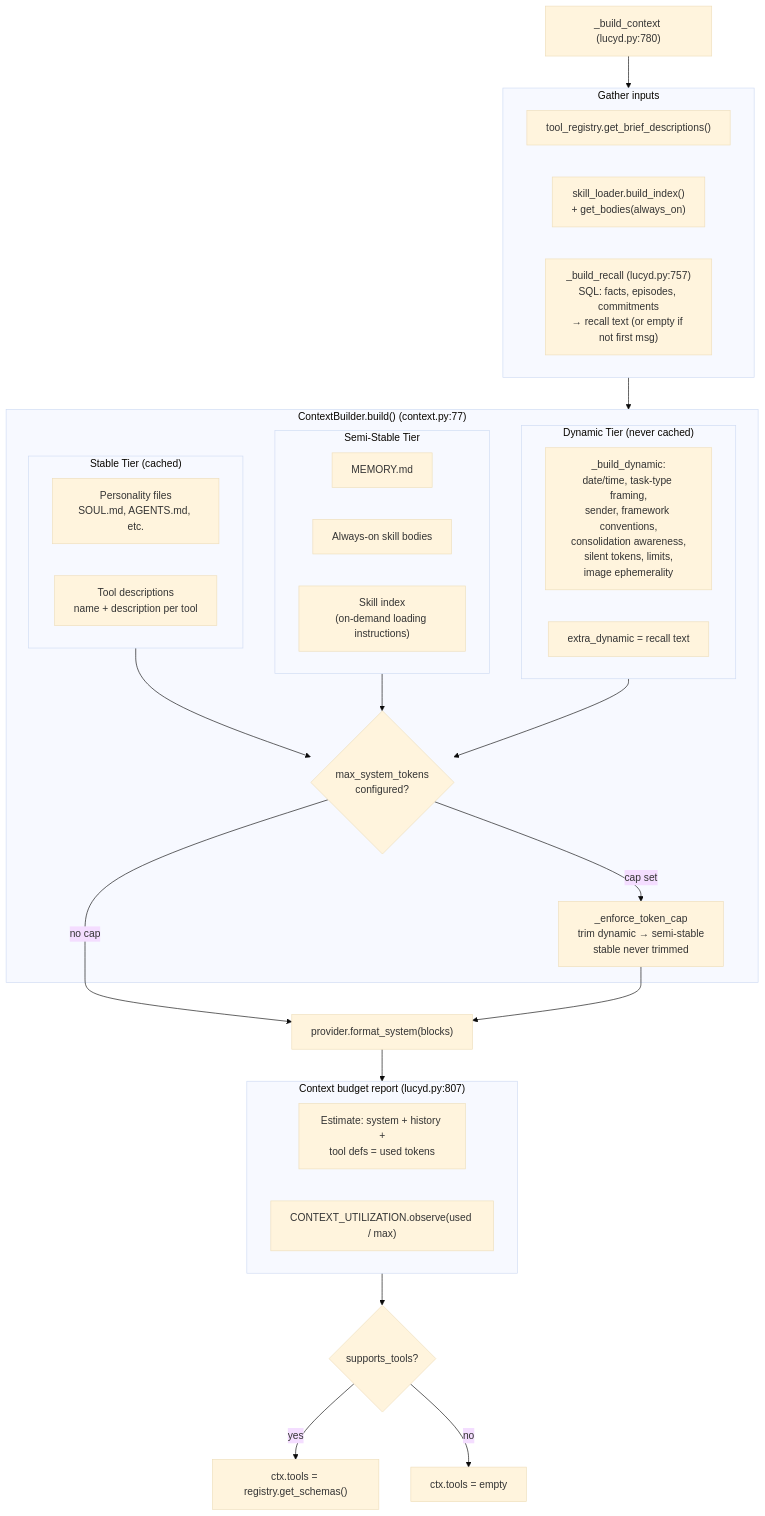
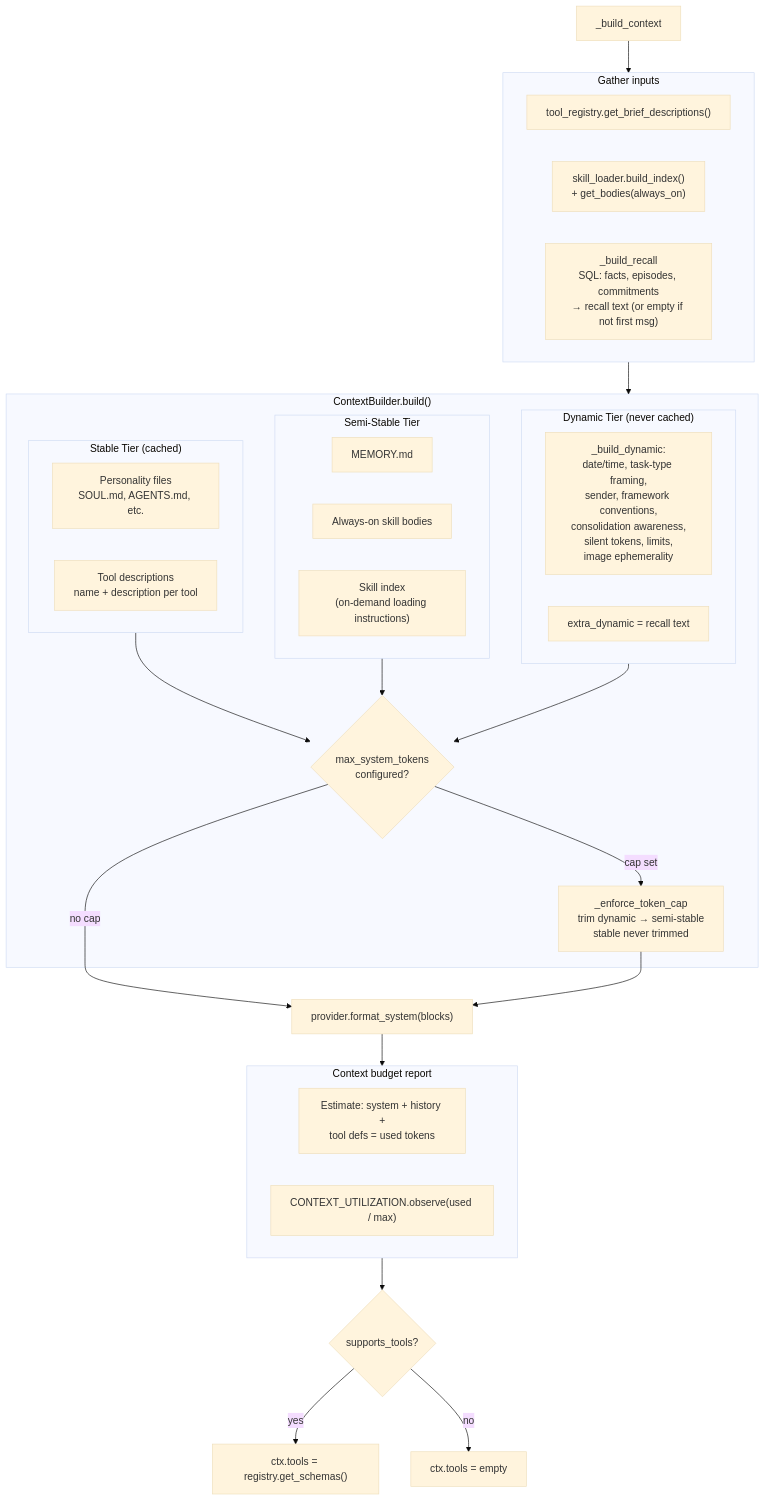
The third of 10 diagrams in docs/diagrams.md (nicolasforstinger/lucyd), drawn with Mermaid (base theme) before and after one commit. The commit also changed other lines of this file and 43 other files, not shown here.

````diff
--- a/docs/diagrams.md
+++ b/docs/diagrams.md
@@ -201,52 +199,52 @@
 ```mermaid
 flowchart TD
-    START["_build_context (lucyd.py:780)"]
+    START["_build_context"]
 
     subgraph Inputs["Gather inputs"]
         TOOLS_DESC["tool_registry.get_brief_descriptions()"]
         SKILLS["skill_loader.build_index()<br/>+ get_bodies(always_on)"]
-        RECALL["_build_recall (lucyd.py:757)<br/>SQL: facts, episodes, commitments<br/>→ recall text (or empty if not first msg)"]
+        RECALL["_build_recall<br/>SQL: facts, episodes, commitments<br/>→ recall text (or empty if not first msg)"]
     end
 
-    subgraph Builder["ContextBuilder.build() (context.py:77)"]
+    subgraph Builder["ContextBuilder.build()"]
         subgraph Stable["Stable Tier (cached)"]
             PERSONA["Personality files<br/>SOUL.md, AGENTS.md, etc."]
             TOOL_LIST["Tool descriptions<br/>name + description per tool"]
         end
 
         subgraph Semi["Semi-Stable Tier"]
             MEMORY_MD["MEMORY.md"]
             SKILLS_ON["Always-on skill bodies"]
             SKILLS_IDX["Skill index<br/>(on-demand loading instructions)"]
         end
 
         subgraph Dynamic["Dynamic Tier (never cached)"]
             DYN_ITEMS["_build_dynamic:<br/>date/time, task-type framing,<br/>sender, framework conventions,<br/>consolidation awareness,<br/>silent tokens, limits,<br/>image ephemerality"]
             RECALL_IN["extra_dynamic = recall text"]
         end
 
         CAP{"max_system_tokens<br/>configured?"}
         ENFORCE["_enforce_token_cap<br/>trim dynamic → semi-stable<br/>stable never trimmed"]
     end
 
     FORMAT["provider.format_system(blocks)"]
 
-    subgraph Budget["Context budget report (lucyd.py:807)"]
+    subgraph Budget["Context budget report"]
         ESTIMATE["Estimate: system + history +<br/>tool defs = used tokens"]
         METRIC["CONTEXT_UTILIZATION.observe(used / max)"]
     end
 
     TOOL_GATE{"supports_tools?"}
     SCHEMAS["ctx.tools = registry.get_schemas()"]
     NO_TOOLS["ctx.tools = empty"]
 
     START --> Inputs --> Builder
     Stable --> CAP
     Semi --> CAP
     Dynamic --> CAP
     CAP -->|no cap| FORMAT
     CAP -->|cap set| ENFORCE --> FORMAT
     FORMAT --> Budget --> TOOL_GATE
     TOOL_GATE -->|yes| SCHEMAS
     TOOL_GATE -->|no| NO_TOOLS
 ```
````
